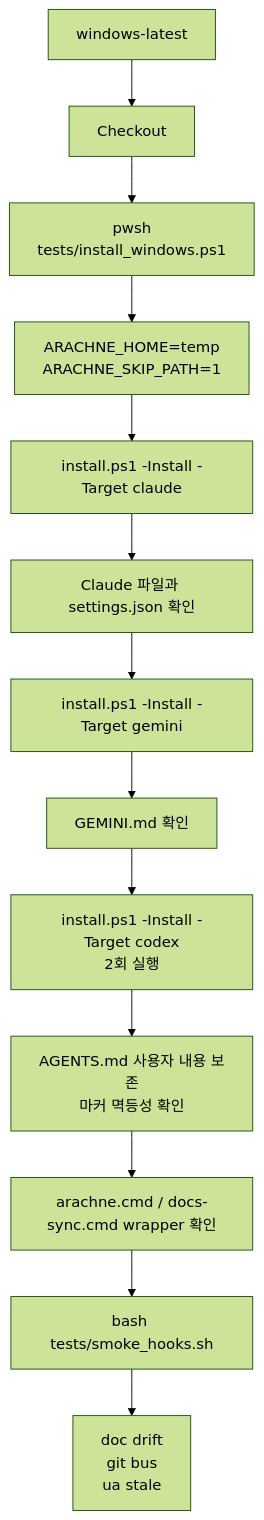
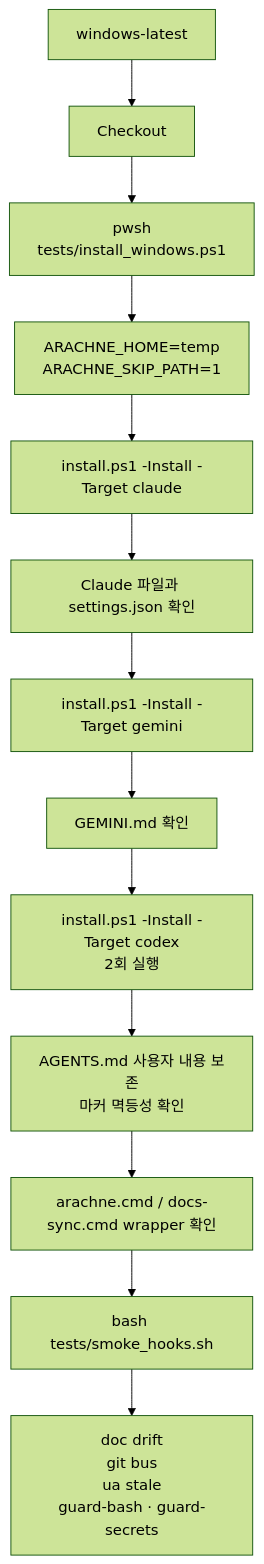
The sixth of 10 diagrams in docs/CI.md (jomarusoup/Arachne), drawn with Mermaid (forest theme) before and after one commit. The commit also changed other lines of this file and 18 other files, not shown here.

````diff
--- a/docs/CI.md
+++ b/docs/CI.md
@@ -239,15 +263,15 @@
 ```mermaid
 flowchart TB
     A["windows-latest"] --> B["Checkout"]
     B --> C["pwsh<br/>tests/install_windows.ps1"]
     C --> D["ARACHNE_HOME=temp<br/>ARACHNE_SKIP_PATH=1"]
     D --> E["install.ps1 -Install -Target claude"]
     E --> F["Claude 파일과 settings.json 확인"]
     F --> G["install.ps1 -Install -Target gemini"]
     G --> H["GEMINI.md 확인"]
     H --> I["install.ps1 -Install -Target codex<br/>2회 실행"]
     I --> J["AGENTS.md 사용자 내용 보존<br/>마커 멱등성 확인"]
     J --> K["arachne.cmd / docs-sync.cmd wrapper 확인"]
     K --> L["bash tests/smoke_hooks.sh"]
-    L --> M["doc drift<br/>git bus<br/>ua stale"]
+    L --> M["doc drift<br/>git bus<br/>ua stale<br/>guard-bash · guard-secrets"]
 ```
````
